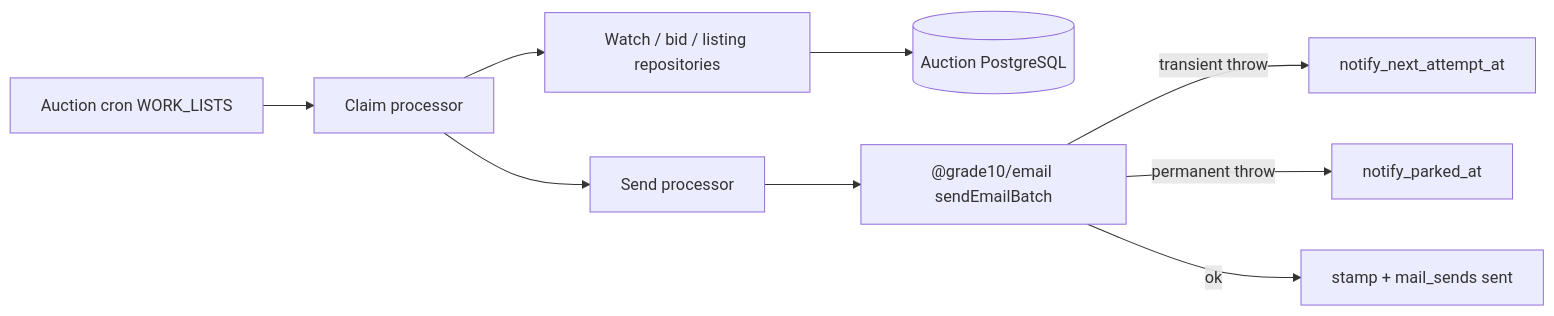
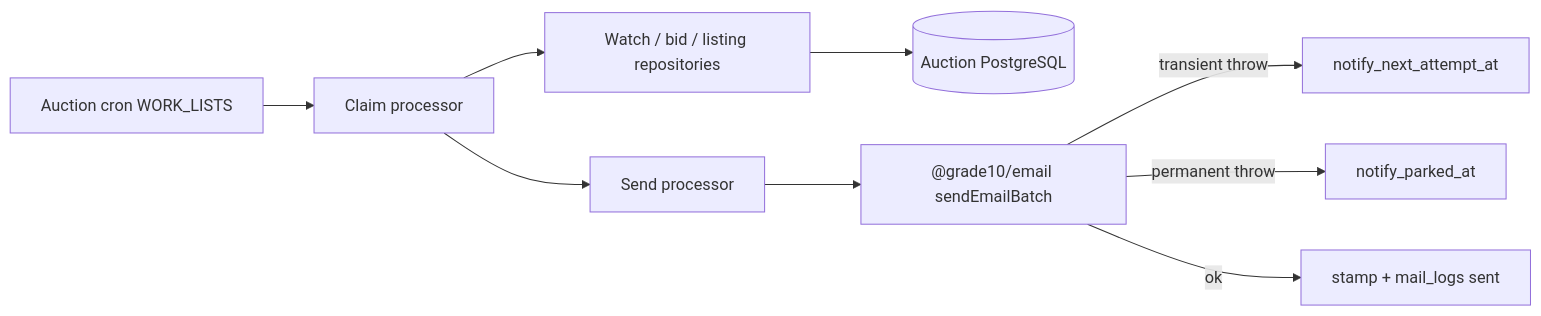
One commit to potzchan6969/grade10-spec changed the second of 2 diagrams in openspec/changes/add-account-notifications/tech-design.md. Above: the diagram before and after it, drawn with Mermaid. The commit also changed other lines of this file and 12 other files, not shown here.

First line of the commit message:
feat(auction): account notification mail logs and My Auctions copy (#348)

````diff
--- a/openspec/changes/add-account-notifications/tech-design.md
+++ b/openspec/changes/add-account-notifications/tech-design.md
@@ -395,11 +451,11 @@
 ```mermaid
 flowchart LR
     Cron[Auction cron WORK_LISTS] --> Claim[Claim processor]
     Claim --> Repos[Watch / bid / listing repositories]
     Repos --> Database[(Auction PostgreSQL)]
     Claim --> Send[Send processor]
     Send --> Email["@grade10/email sendEmailBatch"]
     Email -->|transient throw| Ladder[notify_next_attempt_at]
     Email -->|permanent throw| Park[notify_parked_at]
-    Email -->|ok| Stamp[stamp + mail_sends sent]
+    Email -->|ok| Stamp[stamp + mail_logs sent]
 ```
````
